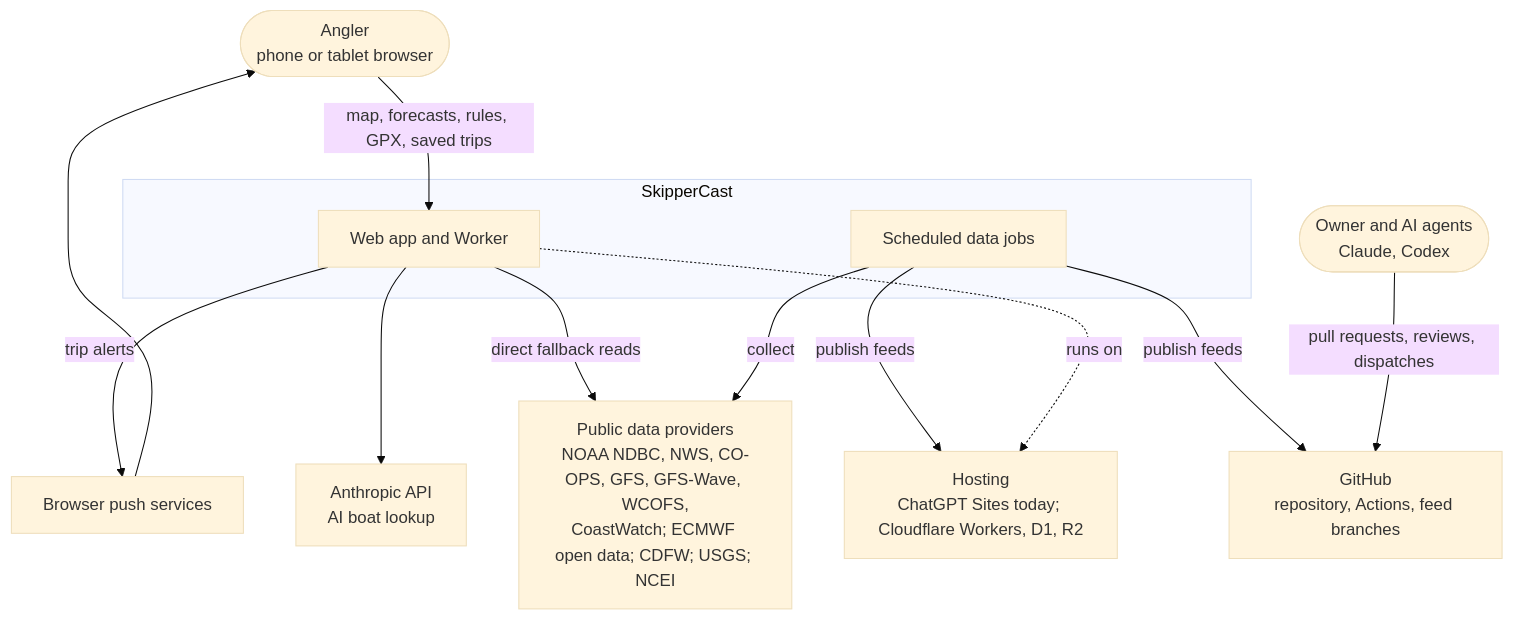
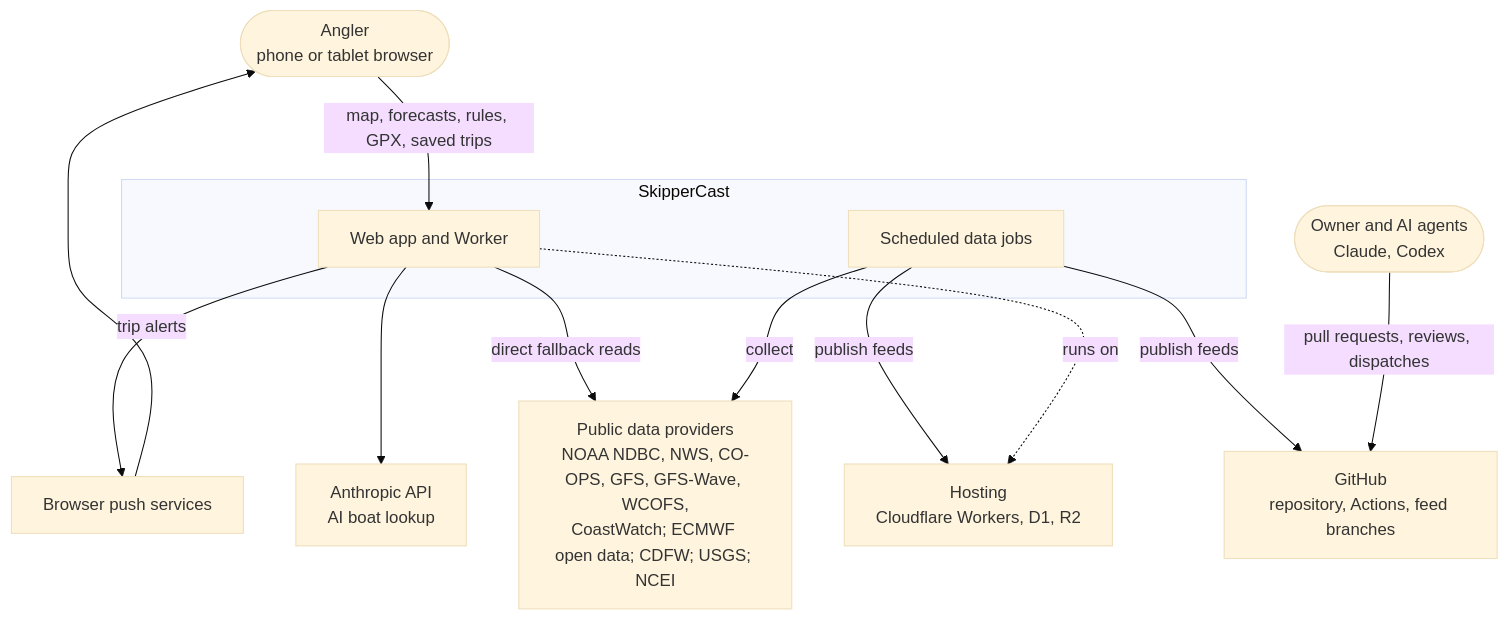
The first of 2 diagrams in docs/architecture.md (Grahammmm/skippercast), drawn with Mermaid (base theme) before and after one commit. The commit also changed other lines of this file and 4 other files, not shown here.

````diff
--- a/docs/architecture.md
+++ b/docs/architecture.md
@@ -11,24 +11,24 @@
 ```mermaid
 flowchart TB
     angler(["Angler<br/>phone or tablet browser"])
     owner(["Owner and AI agents<br/>Claude, Codex"])
     subgraph sc["SkipperCast"]
       app["Web app and Worker"]
       jobs["Scheduled data jobs"]
     end
     providers["Public data providers<br/>NOAA NDBC, NWS, CO-OPS, GFS, GFS-Wave, WCOFS,<br/>CoastWatch; ECMWF open data; CDFW; USGS; NCEI"]
     ghub["GitHub<br/>repository, Actions, feed branches"]
-    cloud["Hosting<br/>ChatGPT Sites today; Cloudflare Workers, D1, R2"]
+    cloud["Hosting<br/>Cloudflare Workers, D1, R2"]
     anth["Anthropic API<br/>AI boat lookup"]
     pushsvc["Browser push services"]
     angler -->|"map, forecasts, rules, GPX, saved trips"| app
     app -->|"trip alerts"| pushsvc
     pushsvc --> angler
     app --> anth
     app -->|"direct fallback reads"| providers
     jobs -->|"collect"| providers
     jobs -->|"publish feeds"| ghub
     jobs -->|"publish feeds"| cloud
     app -. "runs on" .-> cloud
     owner -->|"pull requests, reviews, dispatches"| ghub
 ```
````
